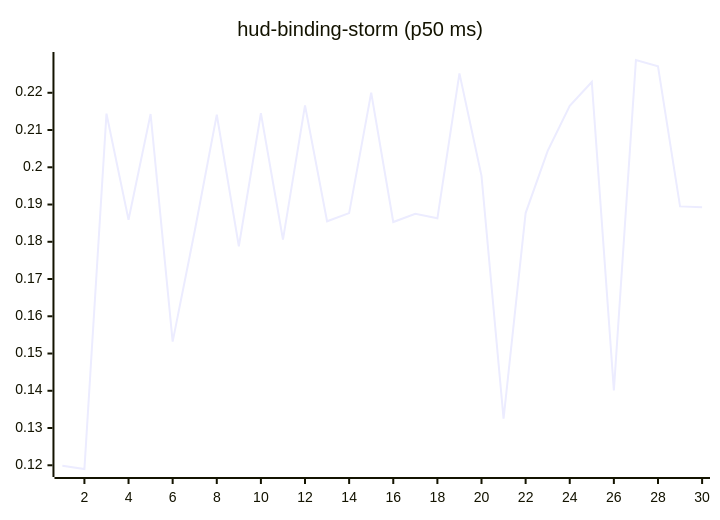
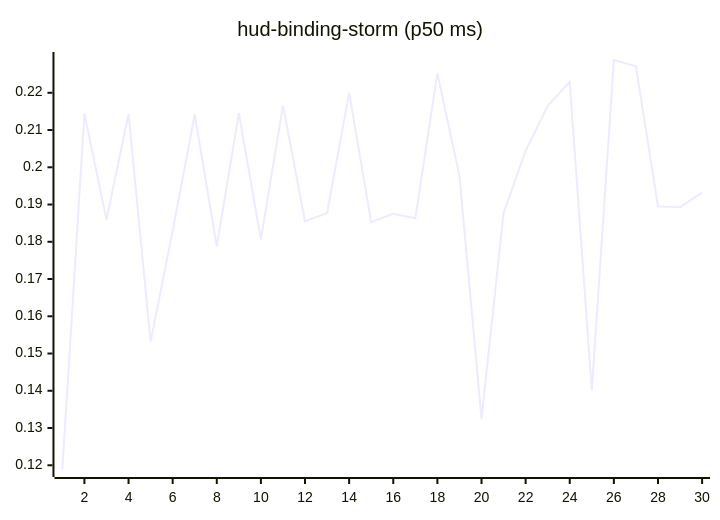
The tenth of 27 diagrams in README.md (josha/Facet), drawn with Mermaid before and after one commit. The commit also changed other lines of this file and 2 other files, not shown here.

````diff
--- a/README.md
+++ b/README.md
@@ -126,6 +126,6 @@
 ```mermaid
 xychart-beta
     title "hud-binding-storm (p50 ms)"
     x-axis 1 --> 30
-    line [0.1199, 0.1190, 0.2144, 0.1859, 0.2143, 0.1532, 0.1829, 0.2141, 0.1788, 0.2145, 0.1806, 0.2166, 0.1855, 0.1877, 0.2200, 0.1853, 0.1875, 0.1863, 0.2252, 0.1977, 0.1325, 0.1877, 0.2044, 0.2165, 0.2229, 0.1401, 0.2288, 0.2271, 0.1895, 0.1893]
+    line [0.1190, 0.2144, 0.1859, 0.2143, 0.1532, 0.1829, 0.2141, 0.1788, 0.2145, 0.1806, 0.2166, 0.1855, 0.1877, 0.2200, 0.1853, 0.1875, 0.1863, 0.2252, 0.1977, 0.1325, 0.1877, 0.2044, 0.2165, 0.2229, 0.1401, 0.2288, 0.2271, 0.1895, 0.1893, 0.1932]
 ```
````
